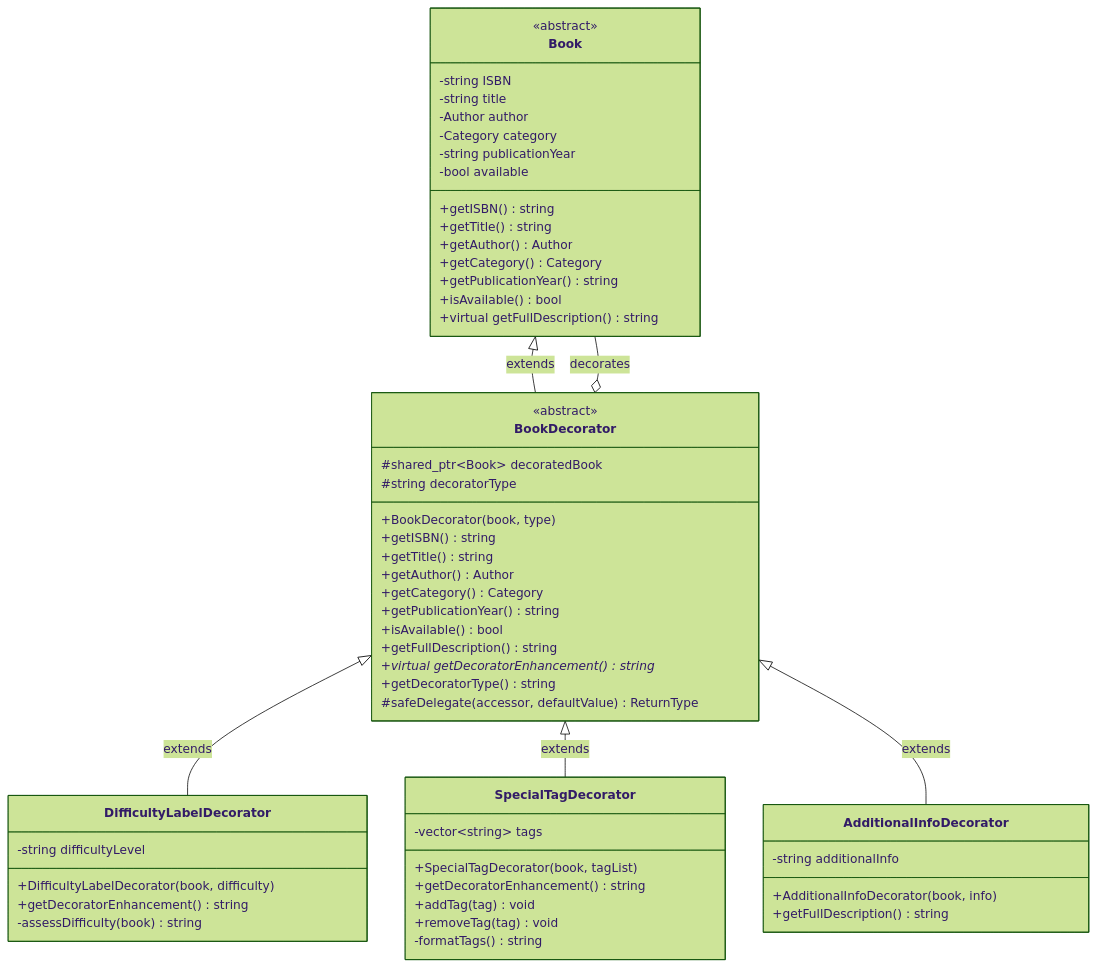
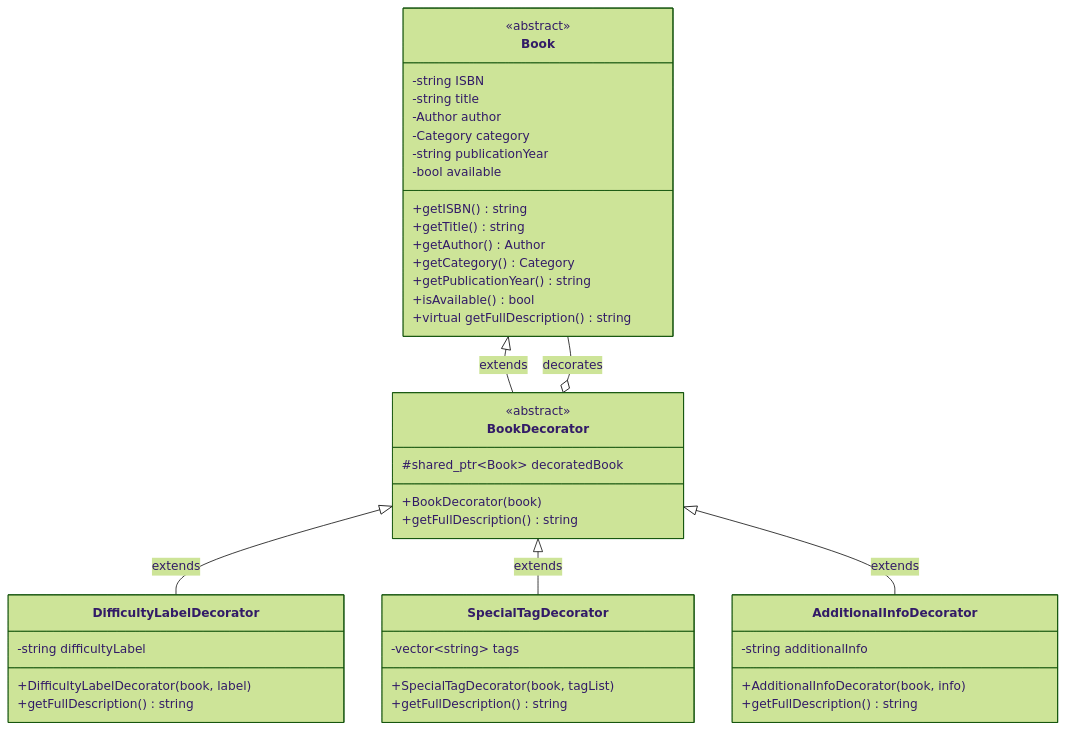
One commit to DankDaPancake/LibraryManagementSystem changed the fourth of 28 diagrams in docs/report.md. Above: the diagram before and after it, drawn with Mermaid (forest theme). The commit also changed other lines of this file, not shown here.

````diff
--- a/docs/report.md
+++ b/docs/report.md
@@ -543,65 +533,51 @@
 ```mermaid
 classDiagram
     class Book {
         <<abstract>>
         -string ISBN
         -string title
         -Author author
         -Category category
         -string publicationYear
         -bool available
         +getISBN() string
         +getTitle() string
         +getAuthor() Author
         +getCategory() Category
         +getPublicationYear() string
         +isAvailable() bool
         +virtual getFullDescription() string
     }
 
     class BookDecorator {
         <<abstract>>
         #shared_ptr~Book~ decoratedBook
-        #string decoratorType
-        +BookDecorator(book, type)
-        +getISBN() string
-        +getTitle() string
-        +getAuthor() Author
-        +getCategory() Category
-        +getPublicationYear() string
-        +isAvailable() bool
+        +BookDecorator(book)
         +getFullDescription() string
-        +virtual getDecoratorEnhancement() string*
-        +getDecoratorType() string
-        #safeDelegate(accessor, defaultValue) ReturnType
     }
 
     class DifficultyLabelDecorator {
-        -string difficultyLevel
-        +DifficultyLabelDecorator(book, difficulty)
-        +getDecoratorEnhancement() string
-        -assessDifficulty(book) string
+        -string difficultyLabel
+        +DifficultyLabelDecorator(book, label)
+        +getFullDescription() string
     }
 
     class SpecialTagDecorator {
         -vector~string~ tags
         +SpecialTagDecorator(book, tagList)
-        +getDecoratorEnhancement() string
-        +addTag(tag) void
-        +removeTag(tag) void
-        -formatTags() string
+        +getFullDescription() string
     }
 
     class AdditionalInfoDecorator {
         -string additionalInfo
         +AdditionalInfoDecorator(book, info)
         +getFullDescription() string
     }
 
     Book <|-- BookDecorator : extends
     BookDecorator <|-- DifficultyLabelDecorator : extends
     BookDecorator <|-- SpecialTagDecorator : extends
     BookDecorator <|-- AdditionalInfoDecorator : extends
     
     BookDecorator o-- Book : decorates
 ```
````
